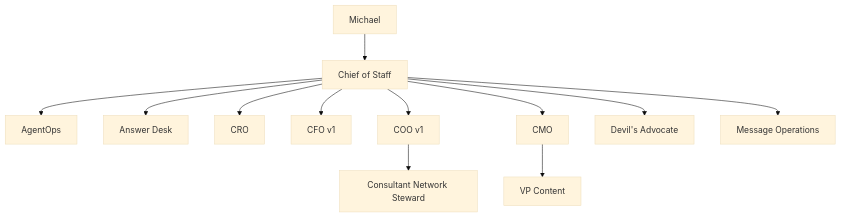
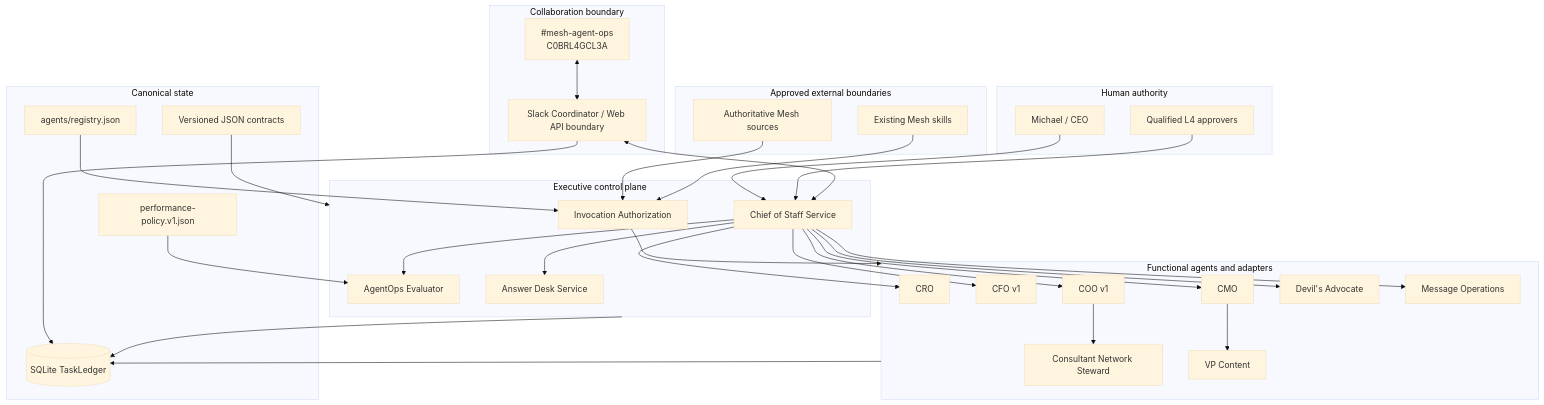
The first of 2 diagrams in docs/architecture.md (mkleinbe/mesh-ai-agent-cos-universe), drawn with Mermaid (base theme) before and after one commit. The commit also changed other lines of this file and 38 other files, not shown here.

Commit message:
docs: reconcile Phase 1 operating core and add Mermaid diagrams

````diff
--- a/docs/architecture.md
+++ b/docs/architecture.md
@@ -6,14 +9,68 @@
 ```mermaid
-graph TD
-  M[Michael] --> COS[Chief of Staff]
-  COS --> AO[AgentOps]
-  COS --> AD[Answer Desk]
-  COS --> CRO[CRO]
-  COS --> CFO[CFO v1]
-  COS --> COO[COO v1]
-  COO --> CNS[Consultant Network Steward]
-  COS --> CMO[CMO]
-  CMO --> VPC[VP Content]
-  COS --> DA[Devil's Advocate]
-  COS --> MO[Message Operations]
+flowchart TB
+    subgraph HumanAuthority[Human authority]
+      CEO[Michael / CEO]
+      APPROVER[Qualified L4 approvers]
+    end
+
+    subgraph ControlPlane[Executive control plane]
+      COS[Chief of Staff Service]
+      AO[AgentOps Evaluator]
+      AD[Answer Desk Service]
+      AUTH[Invocation Authorization]
+    end
+
+    subgraph FunctionalLayer[Functional agents and adapters]
+      CRO[CRO]
+      CFO[CFO v1]
+      COO[COO v1]
+      CNS[Consultant Network Steward]
+      CMO[CMO]
+      VPC[VP Content]
+      DA[Devil's Advocate]
+      MO[Message Operations]
+    end
+
+    subgraph CanonicalState[Canonical state]
+      REG[agents/registry.json]
+      CONTRACTS[Versioned JSON contracts]
+      LEDGER[(SQLite TaskLedger)]
+      PERF[performance-policy.v1.json]
+    end
+
+    subgraph Collaboration[Collaboration boundary]
+      SC[Slack Coordinator / Web API boundary]
+      OPS[#mesh-agent-ops\nC0BRL4GCL3A]
+    end
+
+    subgraph External[Approved external boundaries]
+      SOURCES[Authoritative Mesh sources]
+      SKILLS[Existing Mesh skills]
+    end
+
+    CEO --> COS
+    APPROVER --> COS
+    COS --> CRO
+    COS --> CFO
+    COS --> COO
+    COO --> CNS
+    COS --> CMO
+    CMO --> VPC
+    COS --> DA
+    COS --> MO
+    COS --> AO
+    COS --> AD
+
+    REG --> AUTH
+    AUTH --> FunctionalLayer
+    CONTRACTS --> ControlPlane
+    ControlPlane --> LEDGER
+    FunctionalLayer --> LEDGER
+    PERF --> AO
+
+    SOURCES --> AUTH
+    SKILLS --> AUTH
+    SC <--> COS
+    SC --> LEDGER
+    OPS <--> SC
 ```
````
